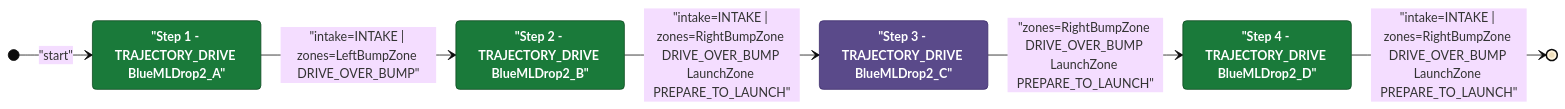
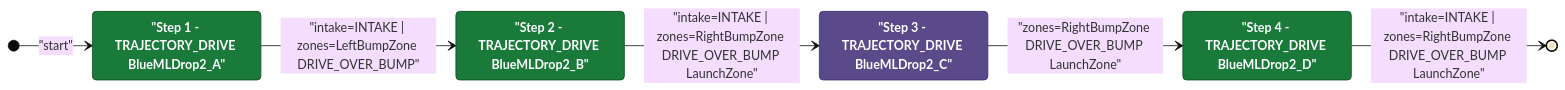
One commit to Team302/2026Rebuilt changed the diagram in documents/auton/BlueBDepDrop2NDepNOutScoreNCli.md. Above: the diagram before and after it, drawn with Mermaid (base theme). The commit also changed other lines of this file and 131 other files, not shown here.

First line of the commit message:
docs(auton): regenerate Mermaid diagrams [skip ci]

````diff
--- a/documents/auton/BlueBDepDrop2NDepNOutScoreNCli.md
+++ b/documents/auton/BlueBDepDrop2NDepNOutScoreNCli.md
@@ -8,24 +8,24 @@
 ```mermaid
 stateDiagram-v2
     direction LR
 
     %% Green = intake active, Purple = intake off
     classDef intake  fill:#1a7a3a,color:#ffffff,stroke:#0d4a1f,font-weight:bold
     classDef noIntake fill:#5a4a8a,color:#ffffff,stroke:#3a2a6a,font-weight:bold
 
     Step1 : "Step 1 - TRAJECTORY_DRIVE BlueMLDrop2_A"
     Step2 : "Step 2 - TRAJECTORY_DRIVE BlueMLDrop2_B"
     Step3 : "Step 3 - TRAJECTORY_DRIVE BlueMLDrop2_C"
     Step4 : "Step 4 - TRAJECTORY_DRIVE BlueMLDrop2_D"
 
     class Step1 intake
     class Step2 intake
     class Step3 noIntake
     class Step4 intake
 
     [*] --> Step1 : "start"
     Step1 --> Step2: "intake=INTAKE | zones=LeftBumpZone DRIVE_OVER_BUMP"
-    Step2 --> Step3: "intake=INTAKE | zones=RightBumpZone DRIVE_OVER_BUMP LaunchZone PREPARE_TO_LAUNCH"
-    Step3 --> Step4: "zones=RightBumpZone DRIVE_OVER_BUMP LaunchZone PREPARE_TO_LAUNCH"
-    Step4 --> [*]: "intake=INTAKE | zones=RightBumpZone DRIVE_OVER_BUMP LaunchZone PREPARE_TO_LAUNCH"
+    Step2 --> Step3: "intake=INTAKE | zones=RightBumpZone DRIVE_OVER_BUMP LaunchZone"
+    Step3 --> Step4: "zones=RightBumpZone DRIVE_OVER_BUMP LaunchZone"
+    Step4 --> [*]: "intake=INTAKE | zones=RightBumpZone DRIVE_OVER_BUMP LaunchZone"
 ```
````
